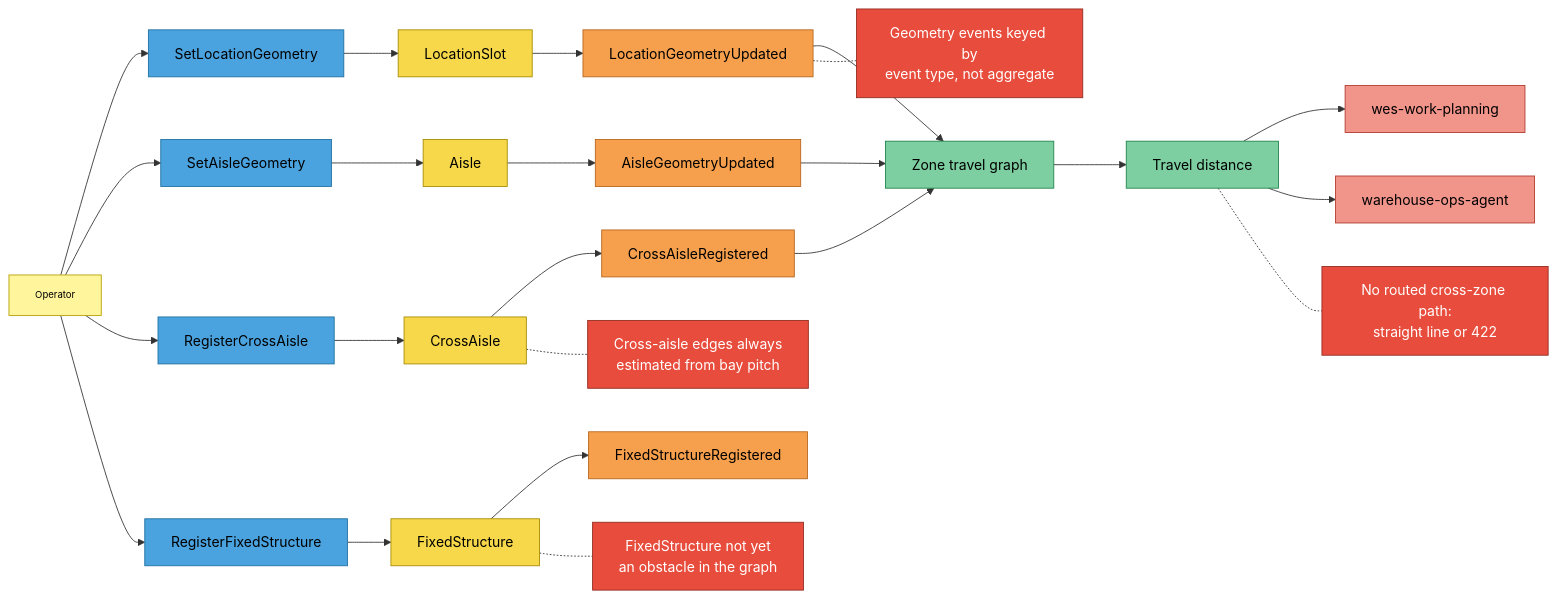
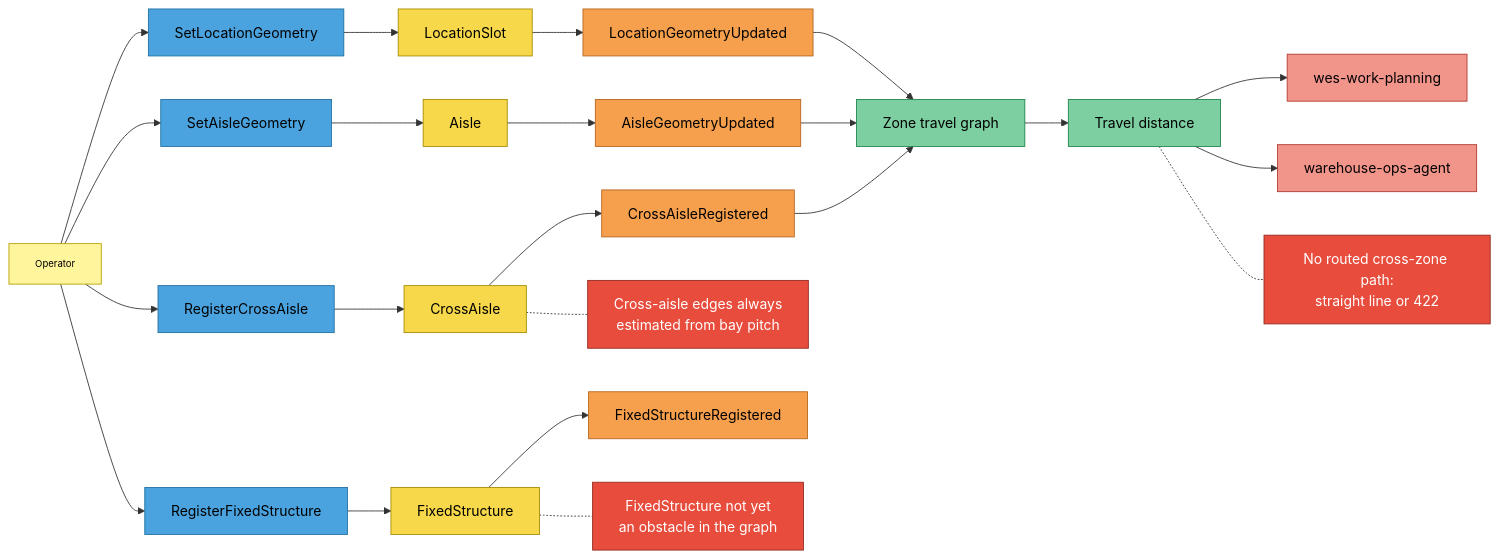
One commit to IQVO/warehouse-docs changed the fourth of 5 diagrams in docs/contexts/facility-layout/eventstorming.md. Above: the diagram before and after it, drawn with Mermaid. The commit also changed other lines of this file and 107 other files, not shown here.

````diff
--- a/docs/contexts/facility-layout/eventstorming.md
+++ b/docs/contexts/facility-layout/eventstorming.md
@@ -144,47 +144,45 @@
 ```mermaid
 flowchart LR
     OP["Operator"]:::actor
     C8["SetLocationGeometry"]:::command
     C9["SetAisleGeometry"]:::command
     C10["RegisterCrossAisle"]:::command
     C11["RegisterFixedStructure"]:::command
     G6["LocationSlot"]:::aggregate
     G3["Aisle"]:::aggregate
     G7["CrossAisle"]:::aggregate
     G8["FixedStructure"]:::aggregate
     E8["LocationGeometryUpdated"]:::event
     E9["AisleGeometryUpdated"]:::event
     E10["CrossAisleRegistered"]:::event
     E11["FixedStructureRegistered"]:::event
     R4["Zone travel graph"]:::readmodel
     R5["Travel distance"]:::readmodel
     X4["wes-work-planning"]:::external
     X5["warehouse-ops-agent"]:::external
     H2["No routed cross-zone path:<br/>straight line or 422"]:::hotspot
     H3["Cross-aisle edges always<br/>estimated from bay pitch"]:::hotspot
     H4["FixedStructure not yet<br/>an obstacle in the graph"]:::hotspot
-    H5["Geometry events keyed by<br/>event type, not aggregate"]:::hotspot
 
     OP --> C8 --> G6 --> E8
     OP --> C9 --> G3 --> E9
     OP --> C10 --> G7 --> E10
     OP --> C11 --> G8 --> E11
     E8 --> R4
     E9 --> R4
     E10 --> R4
     R4 --> R5
     R5 --> X4
     R5 --> X5
     R5 -.- H2
     G7 -.- H3
     G8 -.- H4
-    E8 -.- H5
 
     classDef actor fill:#fff59d,stroke:#b59f00,color:#000,font-size:11px
     classDef command fill:#4aa3df,stroke:#1f6f9f,color:#000
     classDef aggregate fill:#f7d84a,stroke:#a68b00,color:#000
     classDef event fill:#f6a04d,stroke:#b5651d,color:#000
     classDef readmodel fill:#7dcea0,stroke:#1e8449,color:#000
     classDef external fill:#f1948a,stroke:#b03a2e,color:#000
     classDef hotspot fill:#e74c3c,stroke:#922b21,color:#fff
 ```
````
